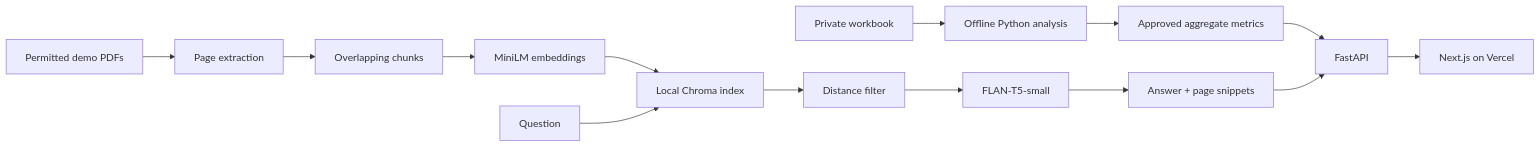
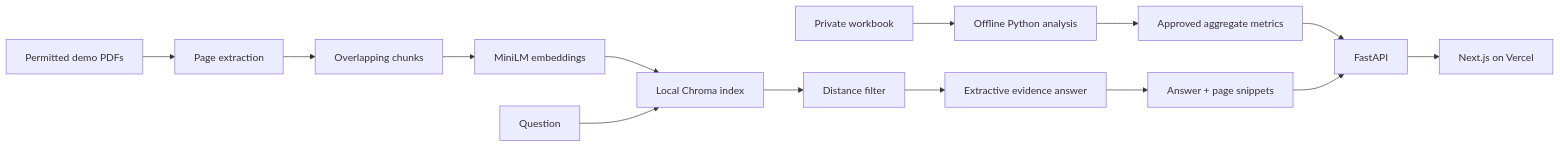
Before and after one commit to Devesh831/Industrial-Intelligence-RAG: the diagram in README.md, drawn with Mermaid. The commit also changed other lines of this file and 1 other file, not shown here.

Commit message:
Correct architecture showcase and RAG wording

````diff
--- a/README.md
+++ b/README.md
@@ -89,16 +89,16 @@
 ```mermaid
 flowchart LR
   A[Permitted demo PDFs] --> B[Page extraction]
   B --> C[Overlapping chunks]
   C --> D[MiniLM embeddings]
   D --> E[Local Chroma index]
   Q[Question] --> E
   E --> F[Distance filter]
-  F --> G[FLAN-T5-small]
+  F --> G[Extractive evidence answer]
   G --> H[Answer + page snippets]
   M[Private workbook] --> N[Offline Python analysis]
   N --> O[Approved aggregate metrics]
   O --> P[FastAPI]
   H --> P
   P --> V[Next.js on Vercel]
 ```
````
